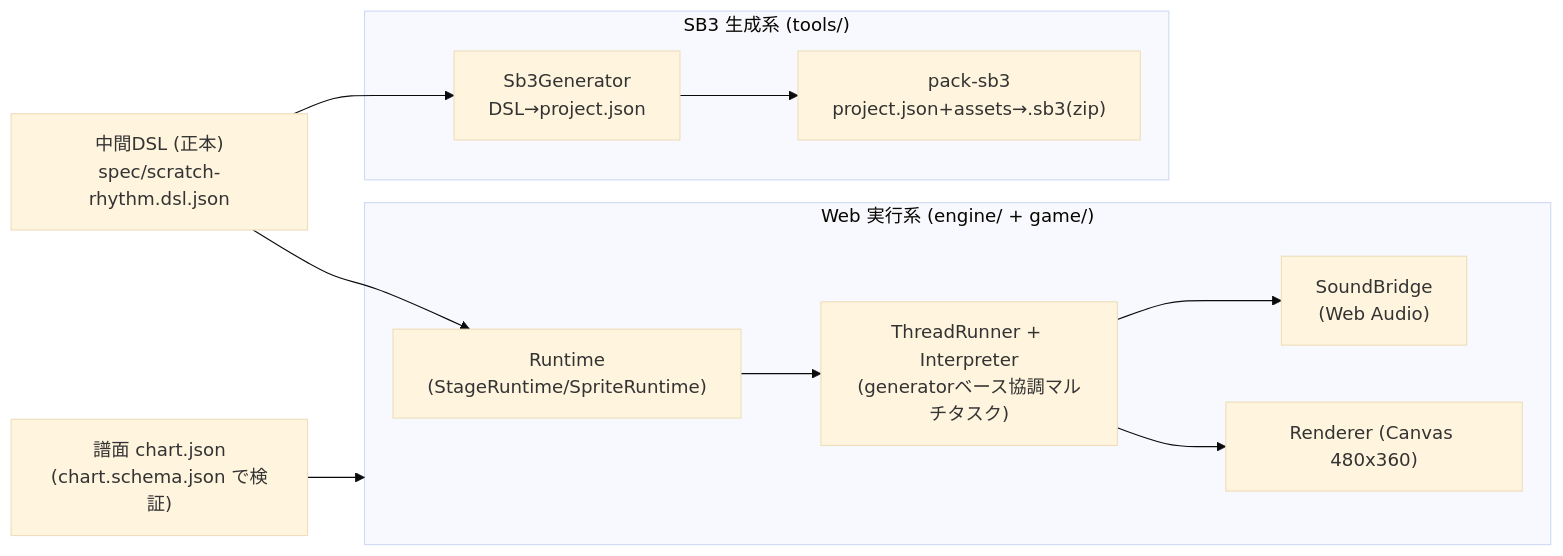
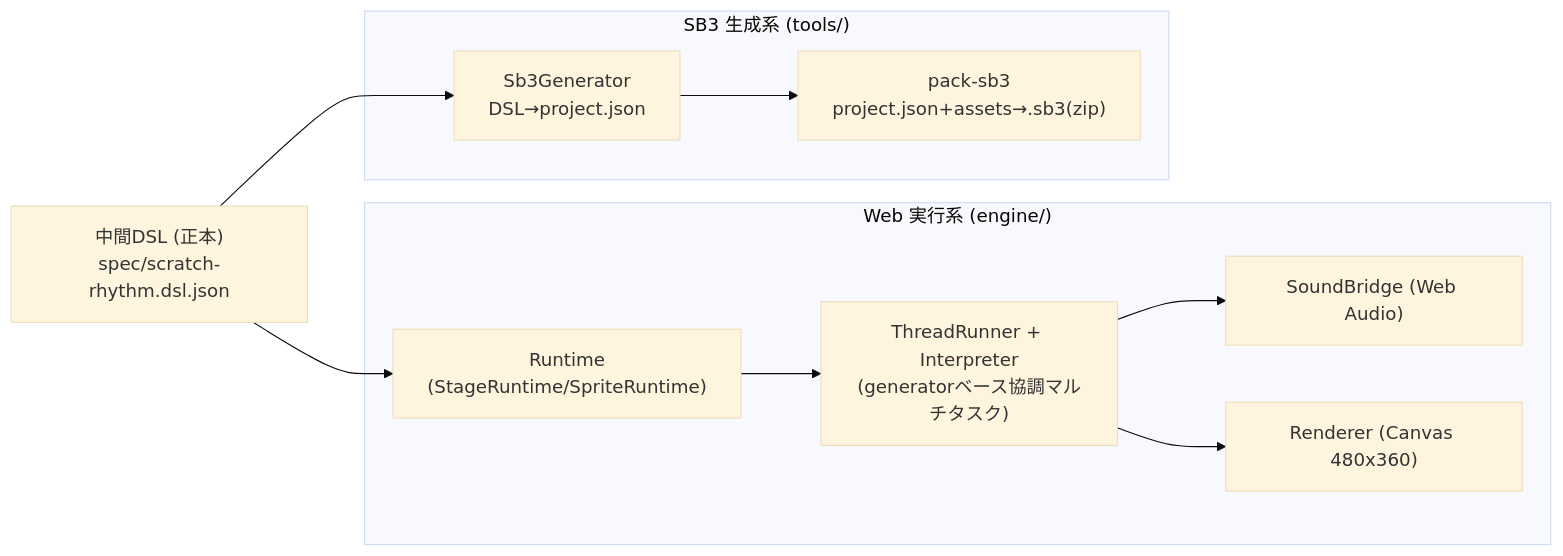
One commit to Black2856/htmlJs2sb3 changed the first of 3 diagrams in claudedocs/REPORT.md. Above: the diagram before and after it, drawn with Mermaid (base theme). The commit also changed other lines of this file and 21 other files, not shown here.

````diff
--- a/claudedocs/REPORT.md
+++ b/claudedocs/REPORT.md
@@ -24,20 +31,18 @@
 ```mermaid
 flowchart LR
   DSL["中間DSL (正本)\nspec/scratch-rhythm.dsl.json"]
-  subgraph Web["Web 実行系 (engine/ + game/)"]
+  subgraph Web["Web 実行系 (engine/)"]
     RT["Runtime\n(StageRuntime/SpriteRuntime)"]
     TR["ThreadRunner + Interpreter\n(generatorベース協調マルチタスク)"]
-    SND["SoundBridge\n(Web Audio)"]
+    SND["SoundBridge (Web Audio)"]
     RND["Renderer (Canvas 480x360)"]
   end
   subgraph SB3["SB3 生成系 (tools/)"]
     GEN["Sb3Generator\nDSL→project.json"]
     PACK["pack-sb3\nproject.json+assets→.sb3(zip)"]
   end
-  CH["譜面 chart.json\n(chart.schema.json で検証)"]
   DSL --> RT --> TR
   TR --> SND
   TR --> RND
   DSL --> GEN --> PACK
-  CH --> Web
 ```
````
